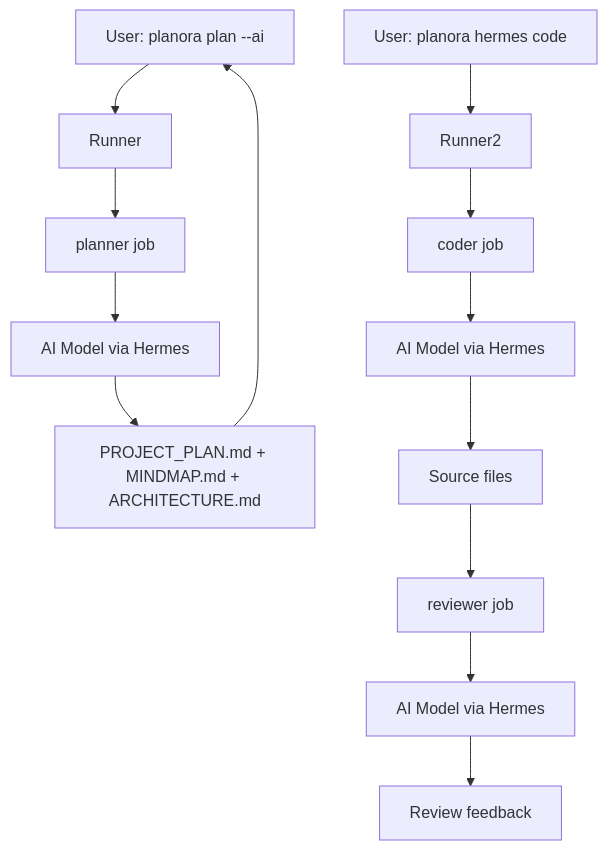
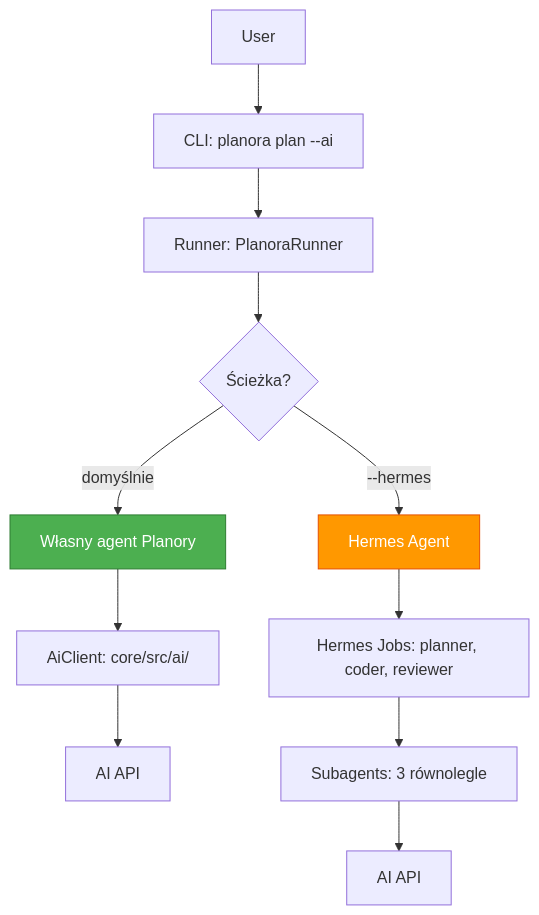
The diagram in plans/07_HERMES_INTEGRATION.md (kubabb/Planora), drawn with Mermaid before and after one commit. The commit also changed other lines of this file and 36 other files, not shown here.

First line of the commit message:
feat(core): własny agent AI — AiClient + Config + Agent Engine

````diff
--- a/plans/07_HERMES_INTEGRATION.md
+++ b/plans/07_HERMES_INTEGRATION.md
@@ -177,17 +35,23 @@
 ```mermaid
-flowchart TD
-    User[User: planora plan --ai] --> Runner
-    Runner --> Planner[planner job]
-    Planner --> AI[AI Model via Hermes]
-    AI --> Files[PROJECT_PLAN.md + MINDMAP.md + ARCHITECTURE.md]
-    Files --> User
+graph TD
+    User[User]
 
-    User2[User: planora hermes code] --> Runner2
-    Runner2 --> Coder[coder job]
-    Coder --> AI2[AI Model via Hermes]
-    AI2 --> Code[Source files]
+    User --> CLI[CLI: planora plan --ai]
 
-    Code --> Reviewer[reviewer job]
-    Reviewer --> AI3[AI Model via Hermes]
-    AI3 --> Review[Review feedback]
+    CLI --> Runner[Runner: PlanoraRunner]
+
+    Runner --> Agent{Ścieżka?}
+
+    Agent -->|domyślnie| OwnAgent[Własny agent Planory]
+    Agent -->|--hermes| HermesAgent[Hermes Agent]
+
+    OwnAgent --> AiClient[AiClient: core/src/ai/]
+    AiClient --> AI[AI API]
+
+    HermesAgent --> HermesJobs[Hermes Jobs: planner, coder, reviewer]
+    HermesJobs --> Subagents[Subagents: 3 równolegle]
+    Subagents --> AI2[AI API]
+
+    style OwnAgent fill:#4CAF50,stroke:#2E7D32,color:#fff
+    style HermesAgent fill:#FF9800,stroke:#E65100,color:#fff
 ```
````
